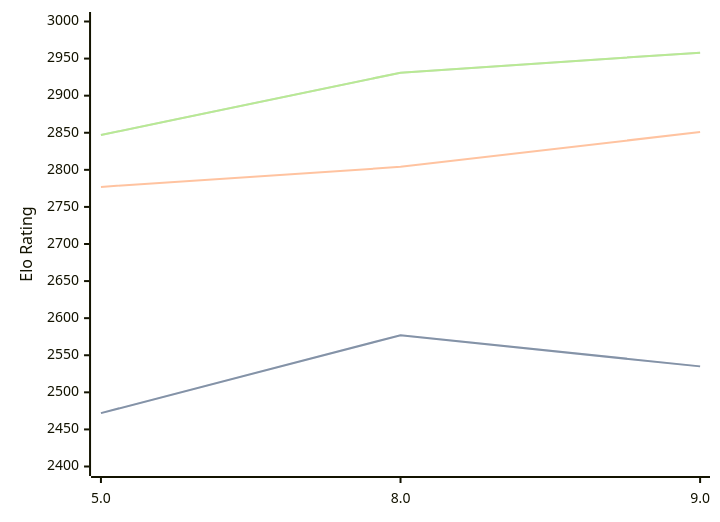
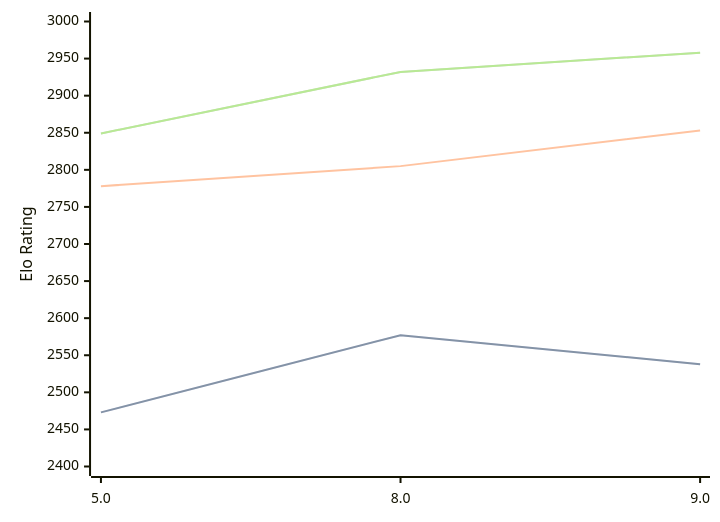
The third of 3 diagrams in engines/4kc.md (computer-chess-index/cci), drawn with Mermaid before and after one commit. The commit also changed other lines of this file, not shown here.

Commit message:
Update CCI Ratings (ELO VLTC) - 2026-06-30

````diff
--- a/engines/4kc.md
+++ b/engines/4kc.md
@@ -75,11 +75,11 @@
 ```mermaid
 %%{init: {"theme":"base","themeVariables":{"seriesColors:['#a3a3a3','#222221','#faa371']}}}%%
 xychart-beta
   x-axis ["5.0", "8.0", "9.0"]
   y-axis "Elo Rating" 2400 --> 3000
-  line "STC (8.0+0.08s)" [2472, 2577, 2535]
-  line "STC (8.0+0.08s)" [2472, 2577, 2535]
-  line "LTC (60.0+0.60s)" [2777, 2804, 2851]
-  line "VLTC (2m24s+1.12s)" [2847, 2931, 2958]
-  line "VLTC (2m24s+1.12s)" [2847, 2931, 2958]
+  line "STC (8.0+0.08s)" [2473, 2577, 2538]
+  line "STC (8.0+0.08s)" [2473, 2577, 2538]
+  line "LTC (60.0+0.60s)" [2778, 2805, 2853]
+  line "VLTC (2m24s+1.12s)" [2849, 2932, 2958]
+  line "VLTC (2m24s+1.12s)" [2849, 2932, 2958]
 ```
````
